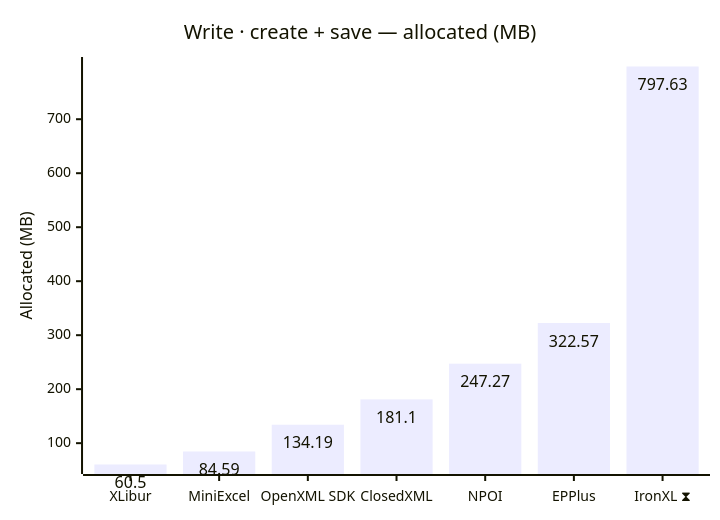
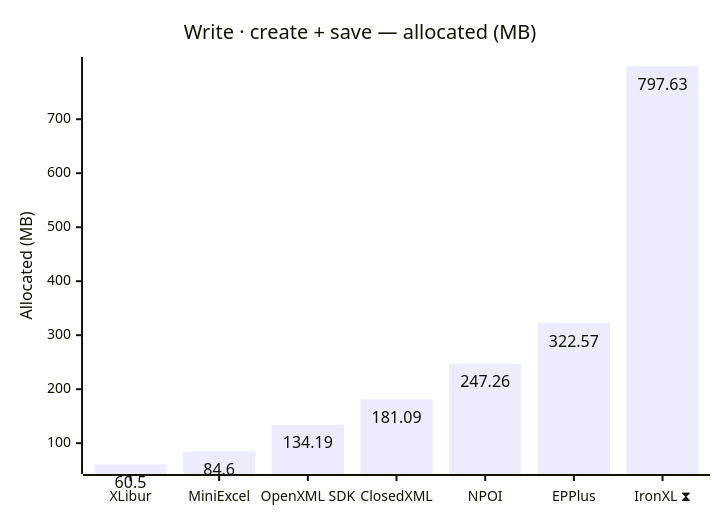
The sixth of 12 diagrams in docs/results-ci.md (jafin/XLBench), drawn with Mermaid before and after one commit. The commit also changed other lines of this file, not shown here.

````diff
--- a/docs/results-ci.md
+++ b/docs/results-ci.md
@@ -106,12 +106,12 @@
 ```mermaid
 ---
 config:
   xyChart:
     showDataLabel: true
 ---
 xychart-beta
     title "Write · create + save — allocated (MB)"
     x-axis ["XLibur", "MiniExcel", "OpenXML SDK", "ClosedXML", "NPOI", "EPPlus", "IronXL ⧗"]
     y-axis "Allocated (MB)"
-    bar [60.5, 84.59, 134.19, 181.1, 247.27, 322.57, 797.63]
+    bar [60.5, 84.6, 134.19, 181.09, 247.26, 322.57, 797.63]
 ```
````
